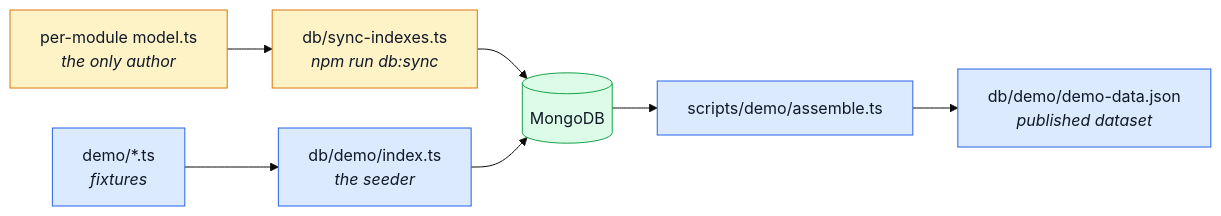
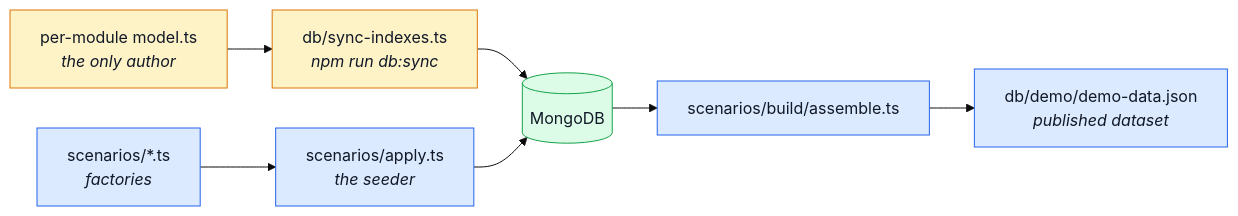
Before and after one commit to Guebbit/boilerplate-node-backend: the first of 2 diagrams in docs/reference/data.md, drawn with Mermaid (base theme). The commit also changed other lines of this file and 65 other files, not shown here.

````diff
--- a/docs/reference/data.md
+++ b/docs/reference/data.md
@@ -19,17 +20,17 @@
 ```mermaid
 %%{init: {'flowchart': {'nodeSpacing': 40, 'rankSpacing': 45}}}%%
 flowchart LR
     Models["per-module model.ts<br/><i>the only author</i>"] --> Sync["db/sync-indexes.ts<br/><i>npm run db:sync</i>"]
     Sync --> Mongo[("MongoDB")]
-    Seeds["demo/*.ts<br/><i>fixtures</i>"] --> Index["db/demo/index.ts<br/><i>the seeder</i>"]
+    Seeds["scenarios/*.ts<br/><i>factories</i>"] --> Index["scenarios/apply.ts<br/><i>the seeder</i>"]
     Index --> Mongo
-    Mongo --> Assemble["scripts/demo/assemble.ts"]
+    Mongo --> Assemble["scenarios/build/assemble.ts"]
     Assemble --> Data["db/demo/demo-data.json<br/><i>published dataset</i>"]
 
     classDef schema fill:#fef3c7,stroke:#d97706,color:#111827;
     classDef data fill:#dbeafe,stroke:#2563eb,color:#111827;
     classDef store fill:#dcfce7,stroke:#16a34a,color:#111827;
     class Models,Sync schema;
     class Seeds,Index,Assemble,Data data;
     class Mongo store;
 ```
````
